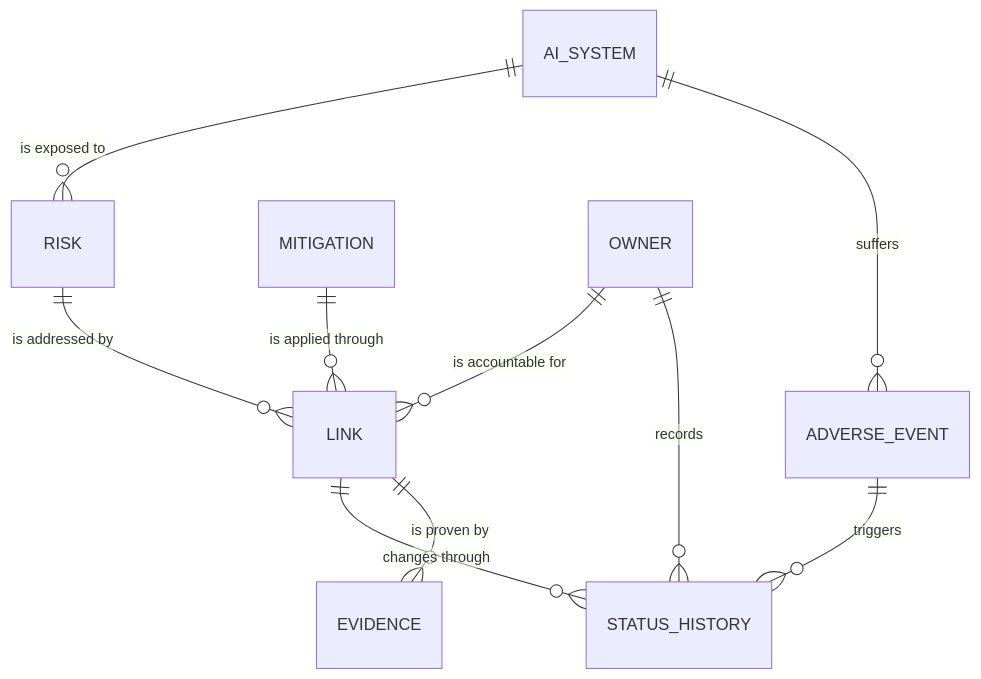
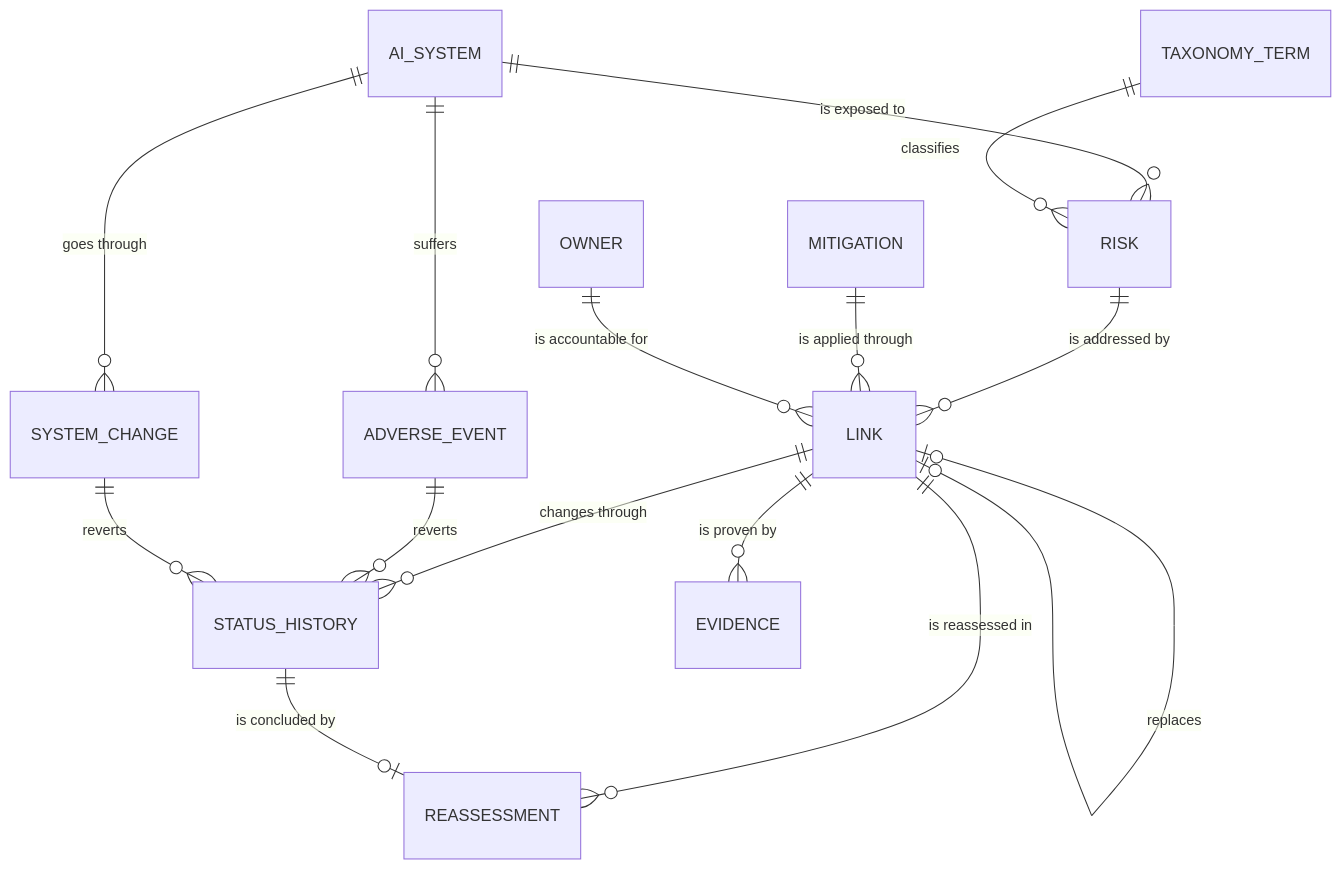
One commit to rpgouveia/framework-RME changed the diagram in README.md. Above: the diagram before and after it, drawn with Mermaid. The commit also changed other lines of this file, not shown here.

````diff
--- a/README.md
+++ b/README.md
@@ -12,12 +15,17 @@
 ```mermaid
 erDiagram
     AI_SYSTEM     ||--o{ RISK           : "is exposed to"
     AI_SYSTEM     ||--o{ ADVERSE_EVENT  : "suffers"
+    AI_SYSTEM     ||--o{ SYSTEM_CHANGE  : "goes through"
     RISK          ||--o{ LINK           : "is addressed by"
     MITIGATION    ||--o{ LINK           : "is applied through"
     OWNER         ||--o{ LINK           : "is accountable for"
     LINK          ||--o{ STATUS_HISTORY : "changes through"
     LINK          ||--o{ EVIDENCE       : "is proven by"
-    OWNER         ||--o{ STATUS_HISTORY : "records"
-    ADVERSE_EVENT ||--o{ STATUS_HISTORY : "triggers"
+    LINK          ||--o{ REASSESSMENT   : "is reassessed in"
+    LINK          |o--o| LINK           : "replaces"
+    ADVERSE_EVENT ||--o{ STATUS_HISTORY : "reverts"
+    SYSTEM_CHANGE ||--o{ STATUS_HISTORY : "reverts"
+    STATUS_HISTORY ||--o| REASSESSMENT  : "is concluded by"
+    TAXONOMY_TERM ||--o{ RISK           : "classifies"
 ```
````
